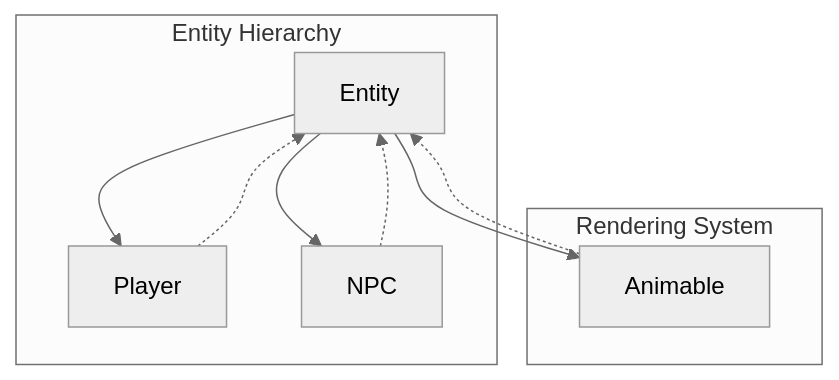
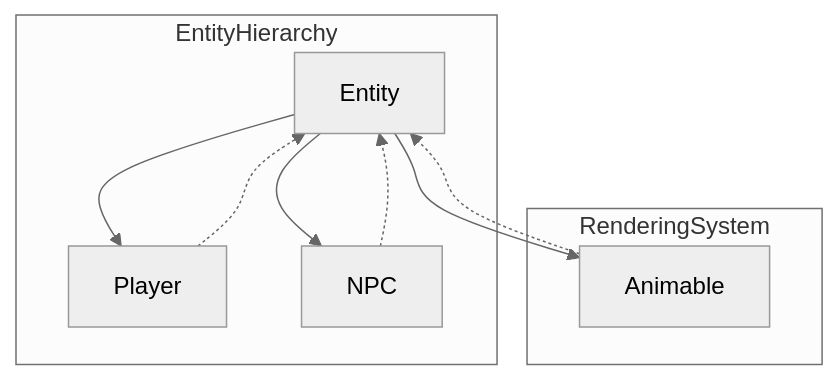
The diagram in bytecode/mapping/evidence/verified/Entity_GQOSZKJC.md (daxxog/solmud), drawn with Mermaid (neutral theme) before and after one commit. The commit also changed 10 other files, not shown here.

````diff
--- a/bytecode/mapping/evidence/verified/Entity_GQOSZKJC.md
+++ b/bytecode/mapping/evidence/verified/Entity_GQOSZKJC.md
@@ -16,20 +16,20 @@
 ```mermaid
 graph TD
     Entity --> Animable[Animable]
     Entity --> Player[Player]
     Entity --> NPC[NPC]
 
-    subgraph "Entity Hierarchy"
+    subgraph EntityHierarchy
         Entity
         Player
         NPC
     end
 
-    subgraph "Rendering System"
+    subgraph RenderingSystem
         Animable
     end
 
     Player -.-> Entity
     NPC -.-> Entity
     Animable -.-> Entity
 ```
````
